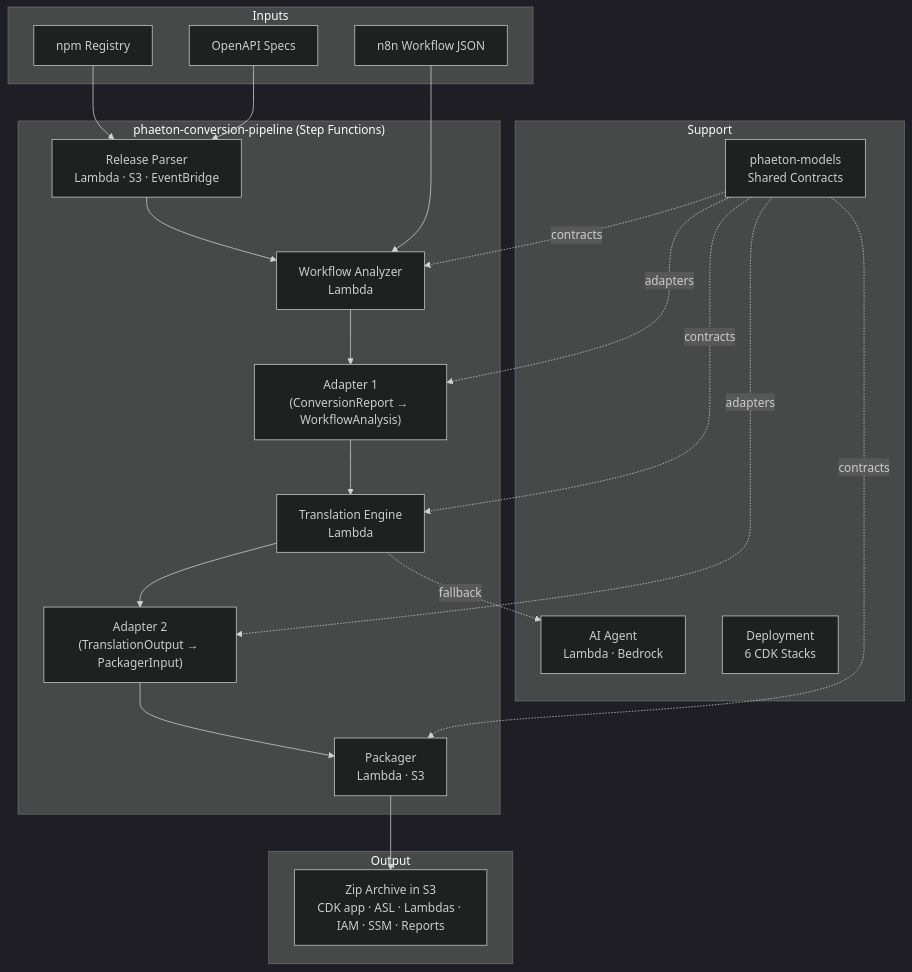
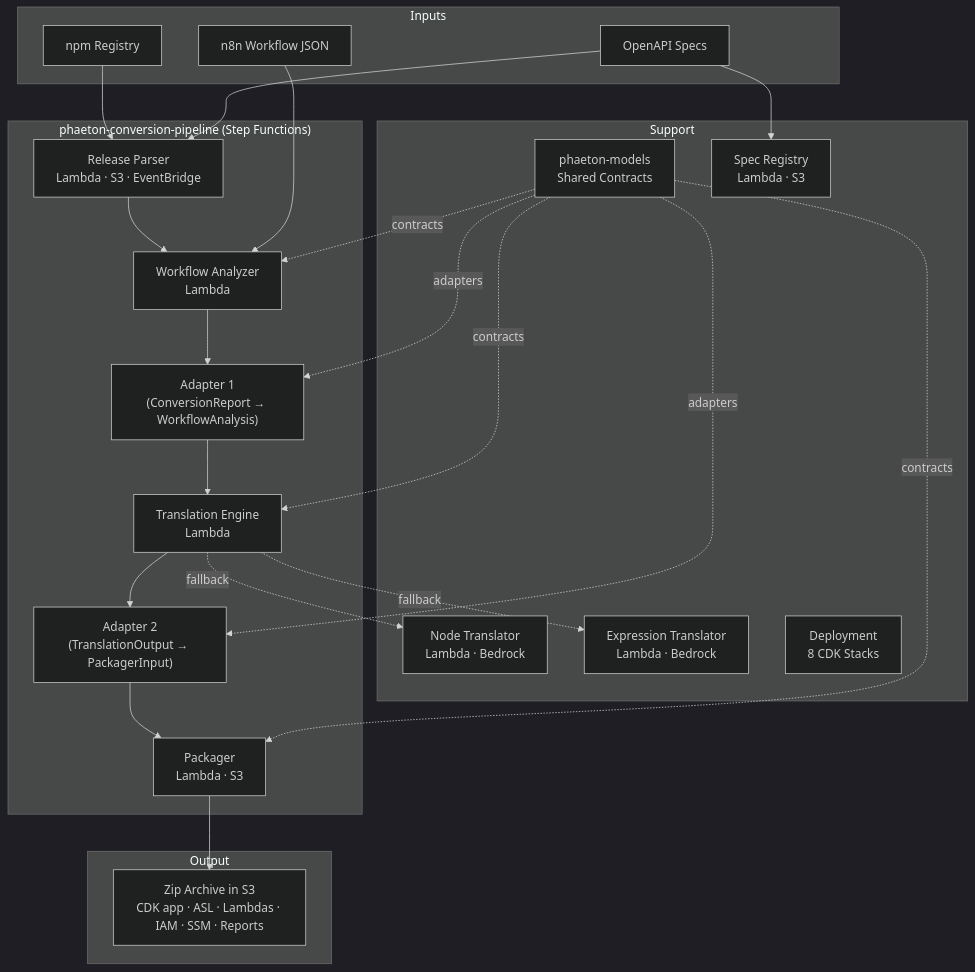
The first of 13 diagrams in docs/architecture.md (skwashd/phaeton), drawn with Mermaid (dark theme) before and after one commit. The commit also changed other lines of this file and 8 other files, not shown here.

First line of the commit message:
Update architecture and AI agent documentation for split translator components

````diff
--- a/docs/architecture.md
+++ b/docs/architecture.md
@@ -11,43 +11,47 @@
 ```mermaid
 flowchart TB
     subgraph Inputs
         WF["n8n Workflow JSON"]
         NPM["npm Registry"]
         OAS["OpenAPI Specs"]
     end
 
     subgraph Pipeline["phaeton-conversion-pipeline (Step Functions)"]
         RP["Release Parser<br/>Lambda · S3 · EventBridge"]
         AN["Workflow Analyzer<br/>Lambda"]
         A1["Adapter 1<br/>(ConversionReport → WorkflowAnalysis)"]
         TE["Translation Engine<br/>Lambda"]
         A2["Adapter 2<br/>(TranslationOutput → PackagerInput)"]
         PK["Packager<br/>Lambda · S3"]
     end
 
     subgraph Support
         PM["phaeton-models<br/>Shared Contracts"]
-        AI["AI Agent<br/>Lambda · Bedrock"]
-        DEP["Deployment<br/>6 CDK Stacks"]
+        NT["Node Translator<br/>Lambda · Bedrock"]
+        ET["Expression Translator<br/>Lambda · Bedrock"]
+        SR["Spec Registry<br/>Lambda · S3"]
+        DEP["Deployment<br/>8 CDK Stacks"]
     end
 
     subgraph Output
         ZIP["Zip Archive in S3<br/>CDK app · ASL · Lambdas · IAM · SSM · Reports"]
     end
 
     NPM --> RP
     OAS --> RP
     RP --> AN
     WF --> AN
     AN --> A1
     A1 --> TE
     TE --> A2
     A2 --> PK
     PK --> ZIP
-    TE -.->|fallback| AI
+    TE -.->|fallback| NT
+    TE -.->|fallback| ET
+    OAS --> SR
     PM -.->|contracts| AN
     PM -.->|contracts| TE
     PM -.->|contracts| PK
     PM -.->|adapters| A1
     PM -.->|adapters| A2
 ```
````
